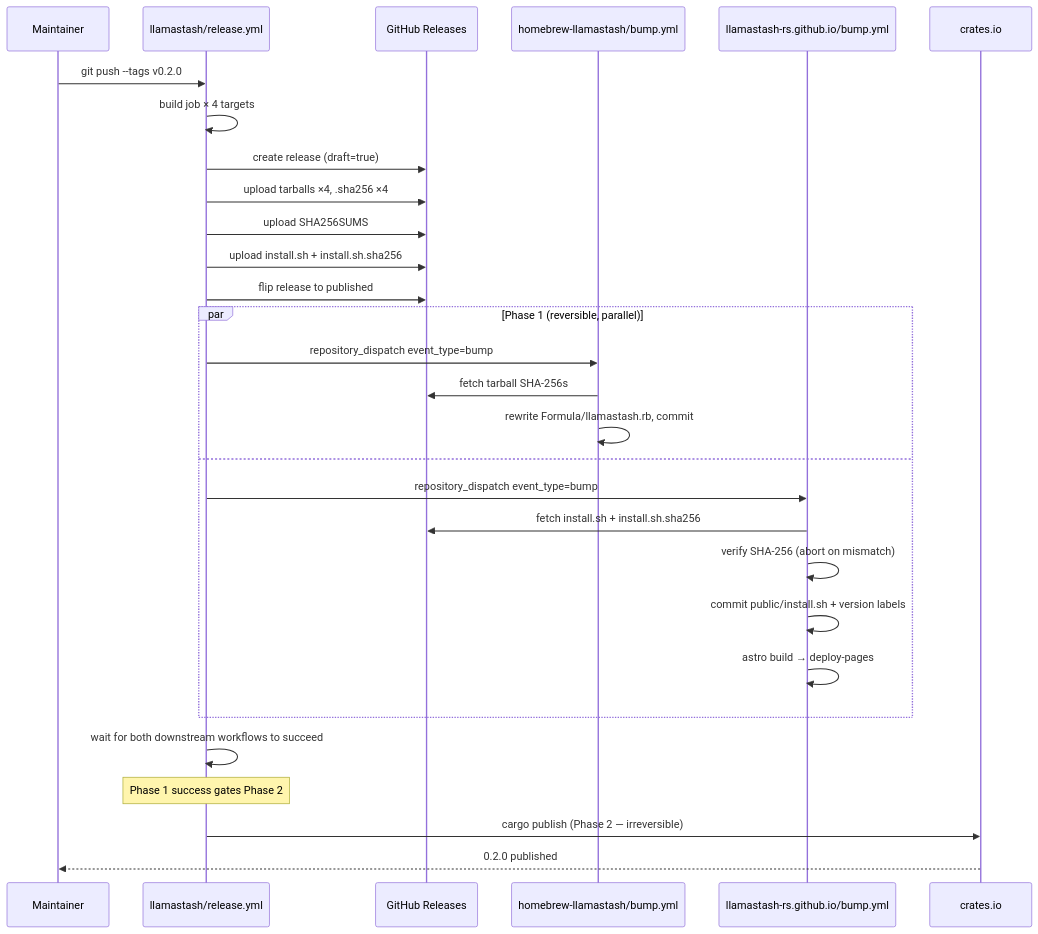
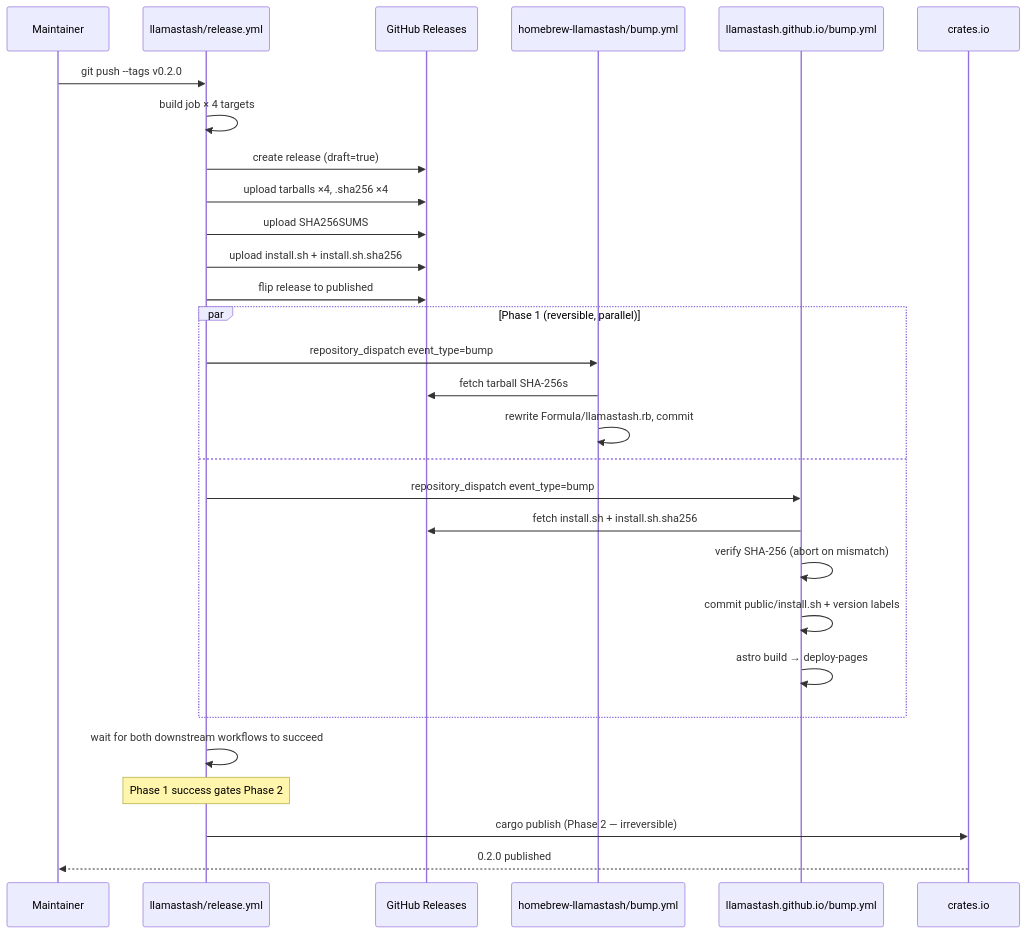
The diagram in docs/plans/2026-05-19-003-feat-0.2.0-release-setup-plan.md (llamastash/llamastash), drawn with Mermaid before and after one commit. The commit also changed other lines of this file and 120 other files, not shown here.

````diff
--- a/docs/plans/2026-05-19-003-feat-0.2.0-release-setup-plan.md
+++ b/docs/plans/2026-05-19-003-feat-0.2.0-release-setup-plan.md
@@ -159,35 +159,35 @@
 ```mermaid
 sequenceDiagram
     participant Maint as Maintainer
     participant Main as llamastash/release.yml
     participant GHR as GitHub Releases
     participant Tap as homebrew-llamastash/bump.yml
-    participant Site as llamastash-rs.github.io/bump.yml
+    participant Site as llamastash.github.io/bump.yml
     participant Cargo as crates.io
 
     Maint->>Main: git push --tags v0.2.0
     Main->>Main: build job × 4 targets
     Main->>GHR: create release (draft=true)
     Main->>GHR: upload tarballs ×4, .sha256 ×4
     Main->>GHR: upload SHA256SUMS
     Main->>GHR: upload install.sh + install.sh.sha256
     Main->>GHR: flip release to published
 
     par Phase 1 (reversible, parallel)
         Main->>Tap: repository_dispatch event_type=bump
         Tap->>GHR: fetch tarball SHA-256s
         Tap->>Tap: rewrite Formula/llamastash.rb, commit
     and
         Main->>Site: repository_dispatch event_type=bump
         Site->>GHR: fetch install.sh + install.sh.sha256
         Site->>Site: verify SHA-256 (abort on mismatch)
         Site->>Site: commit public/install.sh + version labels
         Site->>Site: astro build → deploy-pages
     end
 
     Main->>Main: wait for both downstream workflows to succeed
     Note over Main: Phase 1 success gates Phase 2
 
     Main->>Cargo: cargo publish (Phase 2 — irreversible)
     Cargo-->>Maint: 0.2.0 published
 ```
````
